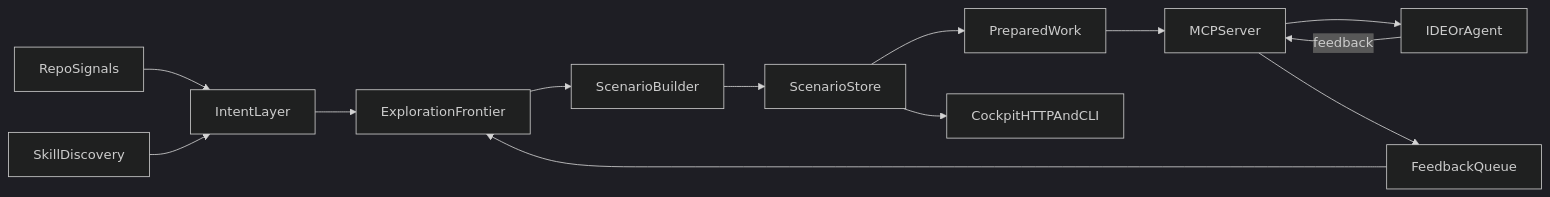
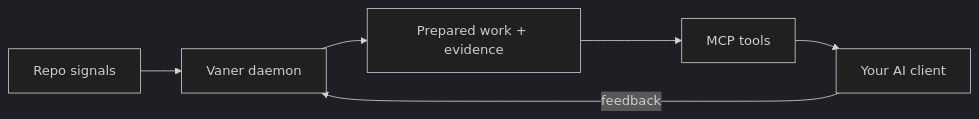
The diagram in content/docs/architecture.mdx (Borgels/vaner-docs), drawn with Mermaid (dark theme) before and after one commit. The commit also changed other lines of this file and 3 other files, not shown here.

First line of the commit message:
docs: drop deep-tech pages from sidebar + simpler architecture (#43)

````diff
--- a/content/docs/architecture.mdx
+++ b/content/docs/architecture.mdx
@@ -29,15 +28,8 @@
 ```mermaid
 flowchart LR
-  Repo[RepoSignals] --> Intent[IntentLayer]
-  Skills[SkillDiscovery] --> Intent
-  Intent --> Frontier[ExplorationFrontier]
-  Frontier --> Builder[ScenarioBuilder]
-  Builder --> Store[ScenarioStore]
-  Store --> Prepared[PreparedWork]
-  Prepared --> MCP[MCPServer]
-  MCP --> Agent[IDEOrAgent]
-  Agent -->|feedback| MCP
-  MCP --> Feedback[FeedbackQueue]
-  Feedback --> Frontier
-  Store --> Cockpit[CockpitHTTPAndCLI]
+  Repo[Repo signals] --> Vaner[Vaner daemon]
+  Vaner --> Store[Prepared work + evidence]
+  Store --> MCP[MCP tools]
+  MCP --> Agent[Your AI client]
+  Agent -->|feedback| Vaner
 ```
````
